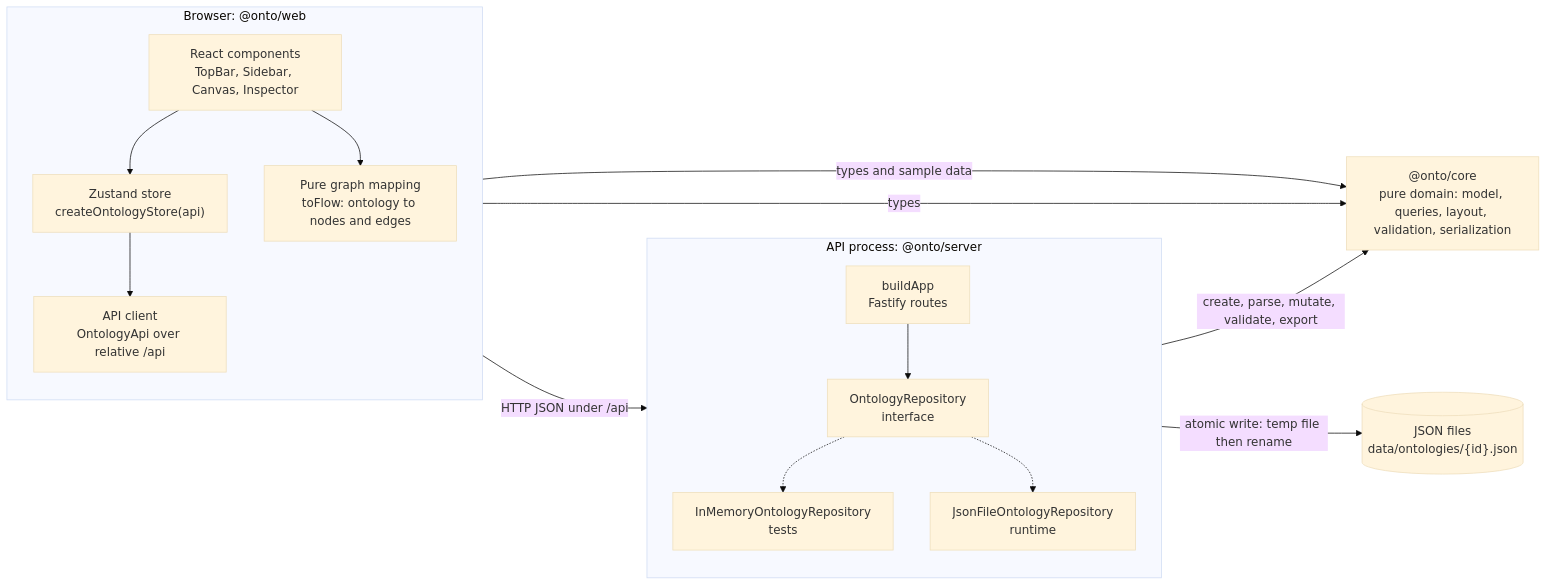
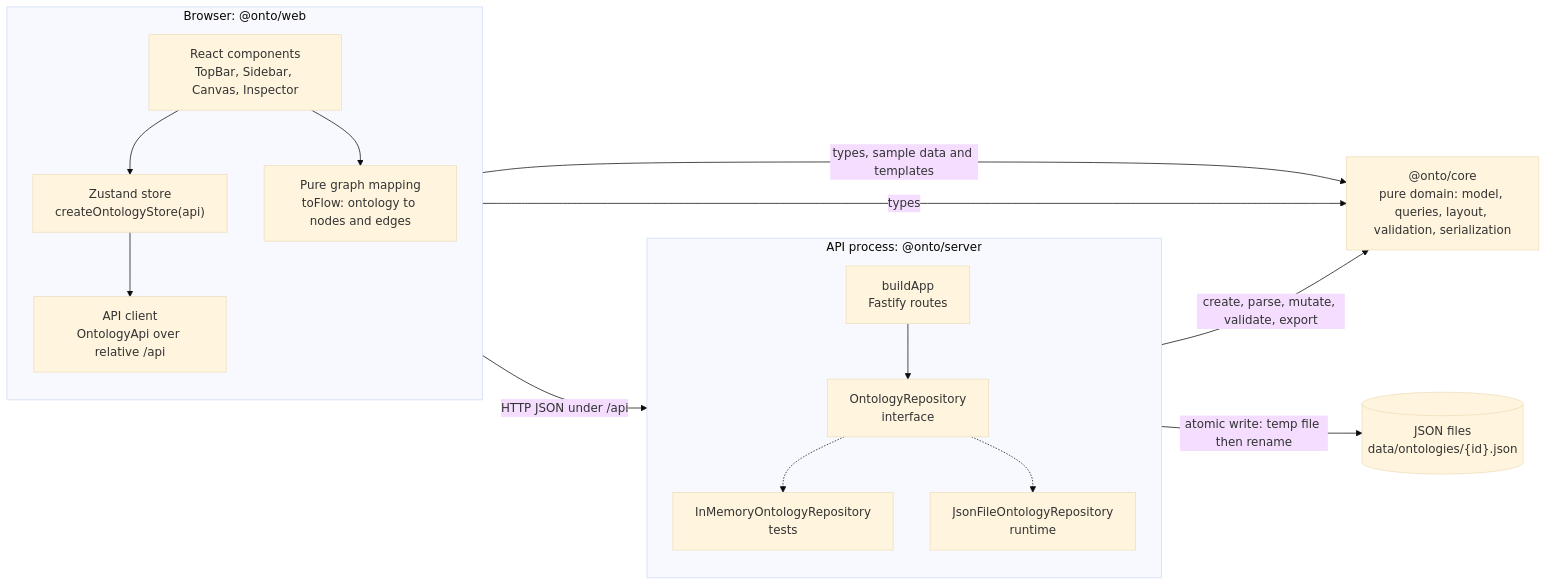
One commit to anusornc/ontology-studio changed the first of 6 diagrams in docs/ARCHITECTURE.md. Above: the diagram before and after it, drawn with Mermaid (base theme). The commit also changed 21 other files, not shown here.

````diff
--- a/docs/ARCHITECTURE.md
+++ b/docs/ARCHITECTURE.md
@@ -32,36 +32,36 @@
 ```mermaid
 flowchart LR
     accTitle: System Component Overview
     accDescr: The browser studio calls the Fastify API over JSON HTTP, the API persists one JSON file per ontology through the repository interface, and both apps depend on the pure shared domain core.
 
     subgraph web["Browser: @onto/web"]
         direction TB
         ui["React components<br/>TopBar, Sidebar, Canvas, Inspector"]
         store["Zustand store<br/>createOntologyStore(api)"]
         client["API client<br/>OntologyApi over relative /api"]
         toflow["Pure graph mapping<br/>toFlow: ontology to nodes and edges"]
         ui --> store
         ui --> toflow
         store --> client
     end
 
     subgraph api["API process: @onto/server"]
         direction TB
         app["buildApp<br/>Fastify routes"]
         repo["OntologyRepository<br/>interface"]
         memory["InMemoryOntologyRepository<br/>tests"]
         jsonfile["JsonFileOntologyRepository<br/>runtime"]
         app --> repo
         repo -.-> memory
         repo -.-> jsonfile
     end
 
     core["@onto/core<br/>pure domain: model, queries, layout, validation, serialization"]
     disk[("JSON files<br/>data/ontologies/{id}.json")]
 
     client -->|"HTTP JSON under /api"| app
-    store -->|"types and sample data"| core
+    store -->|"types, sample data and templates"| core
     toflow -->|"types"| core
     app -->|"create, parse, mutate, validate, export"| core
     jsonfile -->|"atomic write: temp file then rename"| disk
 ```
````
